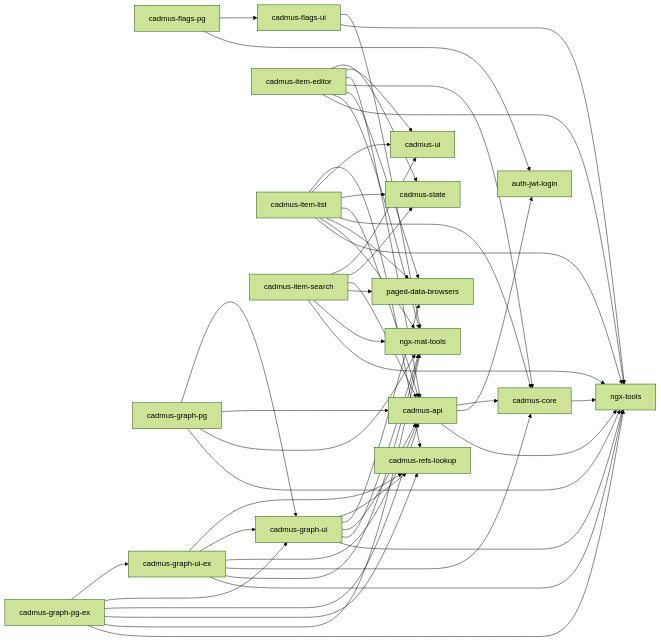
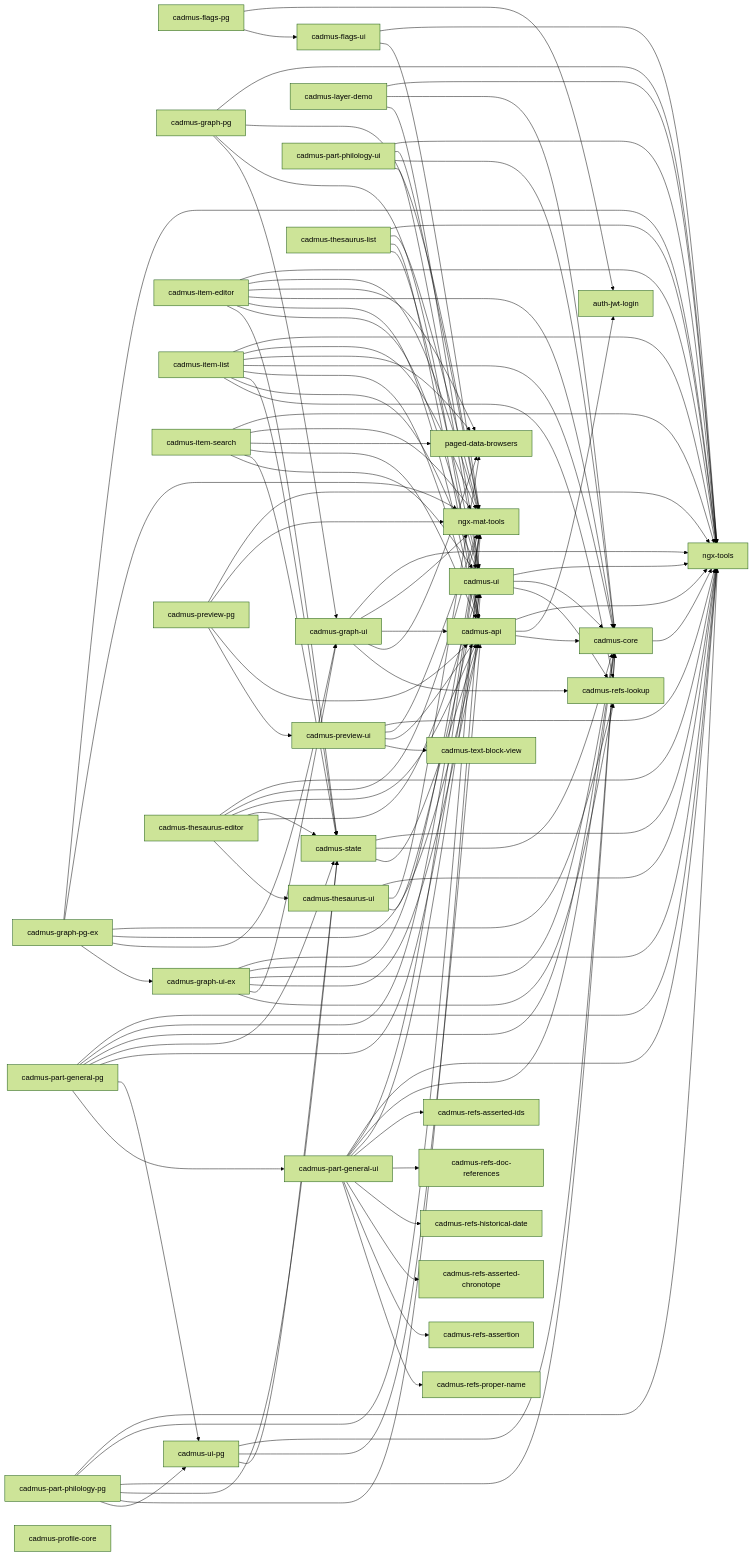
One commit to vedph/cadmus-doc changed the diagram in docs/frontend/shell.md. Above: the diagram before and after it, drawn with Mermaid (forest theme).

````diff
--- a/docs/frontend/shell.md
+++ b/docs/frontend/shell.md
@@ -56,4 +56,65 @@
   cadmus-item-search --> cadmus-api
   cadmus-item-search --> cadmus-state
   cadmus-item-search --> cadmus-ui
+  cadmus-layer-demo --> ngx-tools
+  cadmus-layer-demo --> cadmus-core
+  cadmus-layer-demo --> cadmus-ui
+  cadmus-part-general-pg --> ngx-tools
+  cadmus-part-general-pg --> ngx-mat-tools
+  cadmus-part-general-pg --> cadmus-core
+  cadmus-part-general-pg --> cadmus-state
+  cadmus-part-general-pg --> cadmus-ui
+  cadmus-part-general-pg --> cadmus-ui-pg
+  cadmus-part-general-pg --> cadmus-part-general-ui
+  cadmus-part-general-ui --> ngx-tools
+  cadmus-part-general-ui --> ngx-mat-tools
+  cadmus-part-general-ui --> cadmus-core
+  cadmus-part-general-ui --> cadmus-ui
+  cadmus-part-general-ui --> cadmus-refs-asserted-ids
+  cadmus-part-general-ui --> cadmus-refs-doc-references
+  cadmus-part-general-ui --> cadmus-refs-historical-date
+  cadmus-part-general-ui --> cadmus-refs-asserted-chronotope
+  cadmus-part-general-ui --> cadmus-refs-assertion
+  cadmus-part-general-ui --> cadmus-refs-proper-name
+  cadmus-part-philology-pg --> ngx-tools
+  cadmus-part-philology-pg --> ngx-mat-tools
+  cadmus-part-philology-pg --> cadmus-core
+  cadmus-part-philology-pg --> cadmus-state
+  cadmus-part-philology-pg --> cadmus-ui
+  cadmus-part-philology-pg --> cadmus-ui-pg
+  cadmus-part-philology-ui --> ngx-tools
+  cadmus-part-philology-ui --> ngx-mat-tools
+  cadmus-part-philology-ui --> cadmus-core
+  cadmus-part-philology-ui --> cadmus-ui
+  cadmus-preview-pg --> ngx-tools
+  cadmus-preview-pg --> ngx-mat-tools
+  cadmus-preview-pg --> cadmus-api
+  cadmus-preview-pg --> cadmus-preview-ui
+  cadmus-preview-ui --> ngx-tools
+  cadmus-preview-ui --> ngx-mat-tools
+  cadmus-preview-ui --> cadmus-api
+  cadmus-preview-ui --> cadmus-text-block-view
+  cadmus-profile-core
+  cadmus-state --> ngx-tools
+  cadmus-state --> cadmus-core
+  cadmus-state --> cadmus-api
+  cadmus-thesaurus-editor --> ngx-tools
+  cadmus-thesaurus-editor --> ngx-mat-tools
+  cadmus-thesaurus-editor --> cadmus-api
+  cadmus-thesaurus-editor --> cadmus-state
+  cadmus-thesaurus-editor --> cadmus-ui
+  cadmus-thesaurus-editor --> cadmus-thesaurus-ui
+  cadmus-thesaurus-list --> ngx-tools
+  cadmus-thesaurus-list --> ngx-mat-tools
+  cadmus-thesaurus-list --> cadmus-api
+  cadmus-thesaurus-list --> cadmus-ui
+  cadmus-thesaurus-ui --> ngx-tools
+  cadmus-thesaurus-ui --> paged-data-browsers
+  cadmus-thesaurus-ui --> cadmus-ui
+  cadmus-ui --> ngx-tools
+  cadmus-ui --> cadmus-core
+  cadmus-ui --> cadmus-refs-lookup
+  cadmus-ui-pg --> cadmus-core
+  cadmus-ui-pg --> cadmus-api
+  cadmus-ui-pg --> cadmus-state
 ```
````
